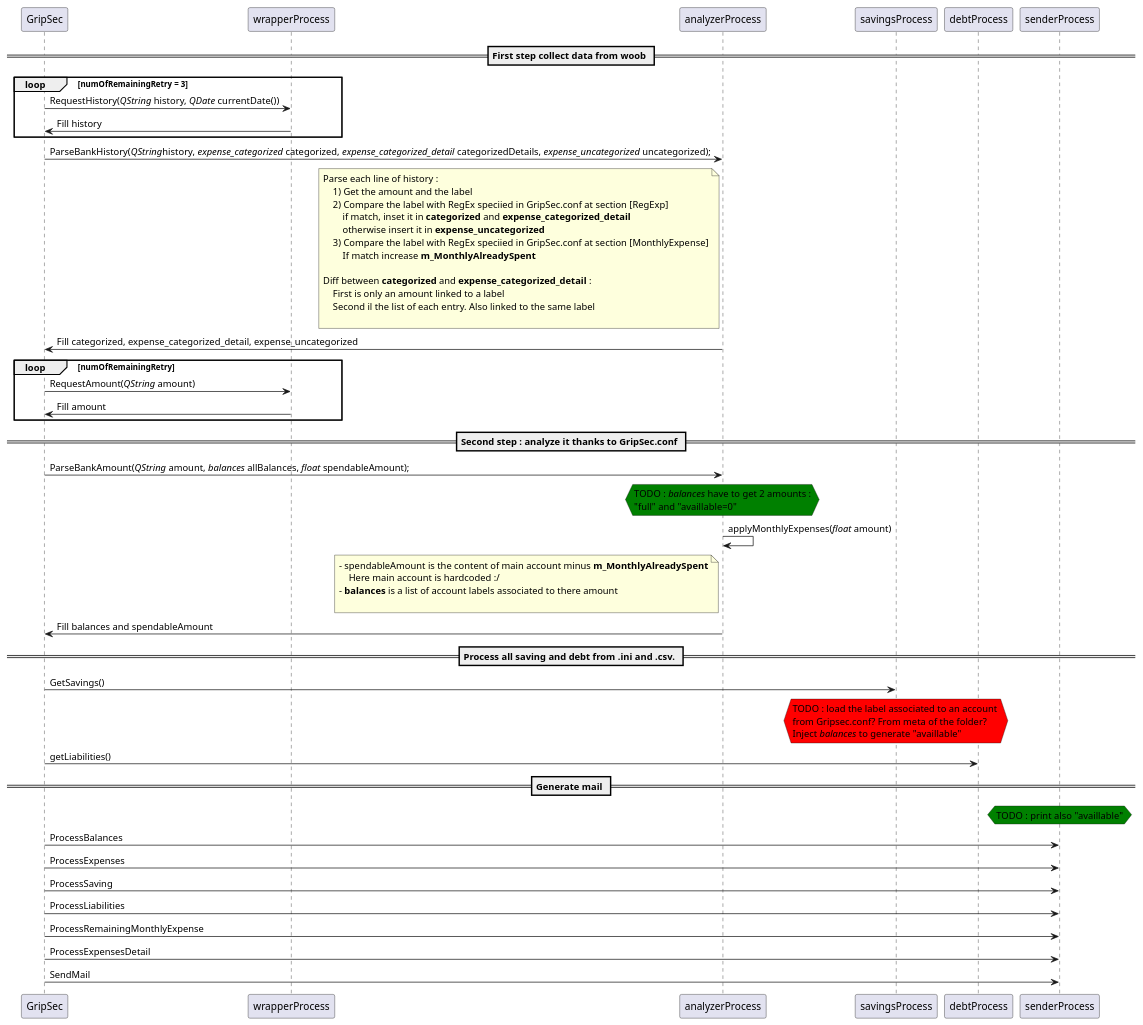
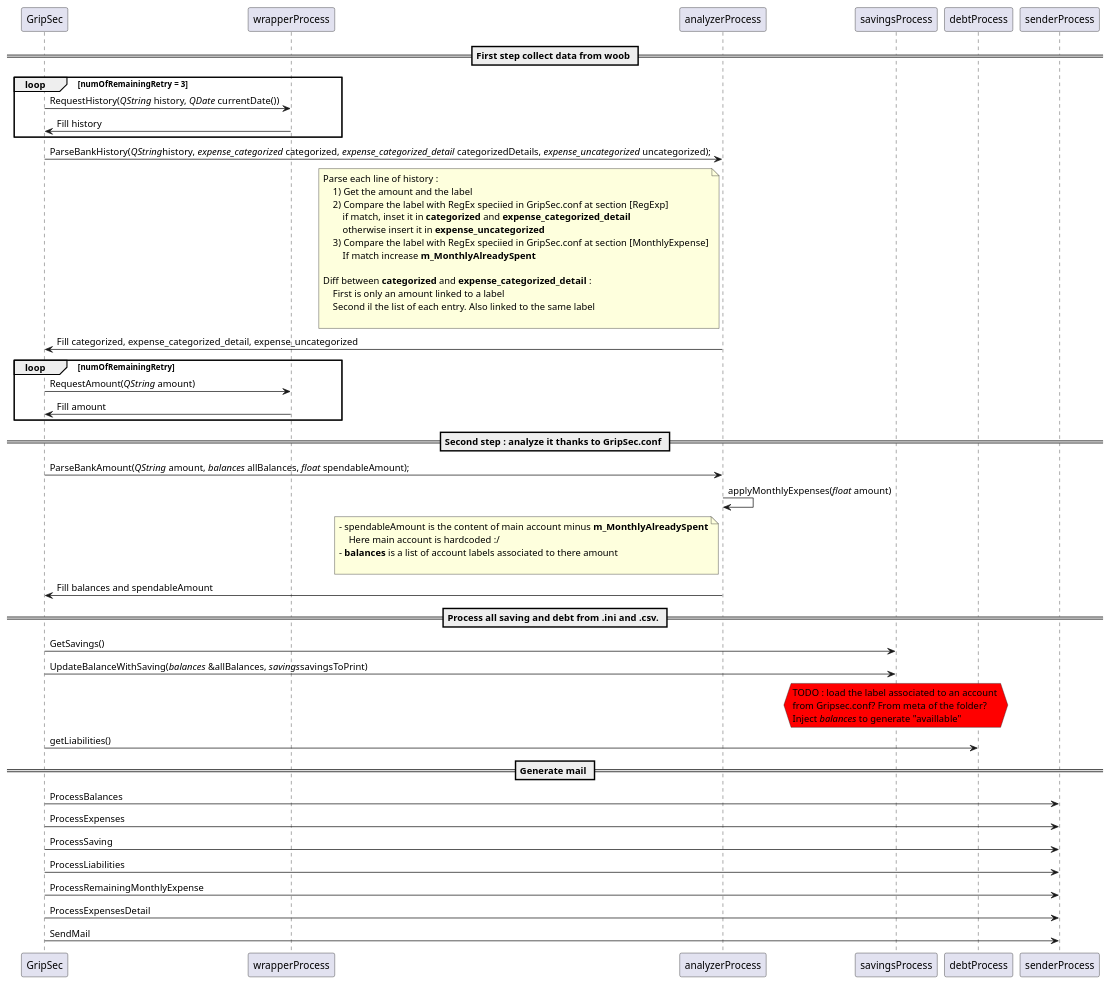
Before and after one commit to eraby-fr/BankButler: the diagram in overview.puml, drawn with PlantUML. The commit also changed 4 other files, not shown here.

Commit message:
[Show already set amount in balance] Implement SavingManager::UpdateBalanceWithSaving + fix array generated in mail

```diff
--- a/overview.puml
+++ b/overview.puml
@@ -1,74 +1,66 @@
 @startuml Bankbutler
 == First step collect data from woob ==
 loop numOfRemainingRetry = 3
     GripSec -> wrapperProcess: RequestHistory(<i>QString</i> history, <i>QDate</i> currentDate())
     wrapperProcess -> GripSec : Fill history
 end
 
 GripSec -> analyzerProcess : ParseBankHistory(<i>QString</i>history, <i>expense_categorized</i> categorized, <i>expense_categorized_detail</i> categorizedDetails, <i>expense_uncategorized</i> uncategorized);
 note left of analyzerProcess
     Parse each line of history :
         1) Get the amount and the label
         2) Compare the label with RegEx speciied in GripSec.conf at section [RegExp]
             if match, inset it in <b>categorized</b> and <b>expense_categorized_detail</b>
             otherwise insert it in <b>expense_uncategorized</b>
         3) Compare the label with RegEx speciied in GripSec.conf at section [MonthlyExpense]
             If match increase <b>m_MonthlyAlreadySpent</b>
 
     Diff between <b>categorized</b> and <b>expense_categorized_detail</b> :
         First is only an amount linked to a label
         Second il the list of each entry. Also linked to the same label
 
 end note
 analyzerProcess -> GripSec : Fill categorized, expense_categorized_detail, expense_uncategorized
 
 loop numOfRemainingRetry
     GripSec -> wrapperProcess: RequestAmount(<i>QString</i> amount)
     wrapperProcess -> GripSec : Fill amount 
 end
 
 == Second step : analyze it thanks to GripSec.conf ==
 
 GripSec -> analyzerProcess : ParseBankAmount(<i>QString</i> amount, <i>balances</i> allBalances, <i>float</i> spendableAmount);
 
-hnote over analyzerProcess #Green
-    TODO : <i>balances</i> have to get 2 amounts :
-    "full" and "availlable=0"
-end note
-
-
 analyzerProcess -> analyzerProcess : applyMonthlyExpenses(<i>float</i> amount)
 note left of analyzerProcess
     - spendableAmount is the content of main account minus <b>m_MonthlyAlreadySpent</b>
         Here main account is hardcoded :/
     - <b>balances</b> is a list of account labels associated to there amount
     
 end note
 analyzerProcess -> GripSec : Fill balances and spendableAmount
 
 == Process all saving and debt from .ini and .csv. ==
 
 GripSec -> savingsProcess : GetSavings()
+GripSec -> savingsProcess : UpdateBalanceWithSaving(<i>balances</i> &allBalances, <i>savings</i>savingsToPrint)
 hnote over savingsProcess #Red
     TODO : load the label associated to an account 
     from Gripsec.conf? From meta of the folder?
     Inject <i>balances</i> to generate "availlable"
 end note
 GripSec -> debtProcess : getLiabilities()
 
 == Generate mail ==
-hnote over senderProcess #Green
-    TODO : print also "availlable"
-end note
 GripSec -> senderProcess : ProcessBalances
 GripSec -> senderProcess : ProcessExpenses
 GripSec -> senderProcess : ProcessSaving
 GripSec -> senderProcess : ProcessLiabilities
 GripSec -> senderProcess : ProcessRemainingMonthlyExpense
 GripSec -> senderProcess : ProcessExpensesDetail
 GripSec -> senderProcess : SendMail
 
 
 
 
 @enduml
```
